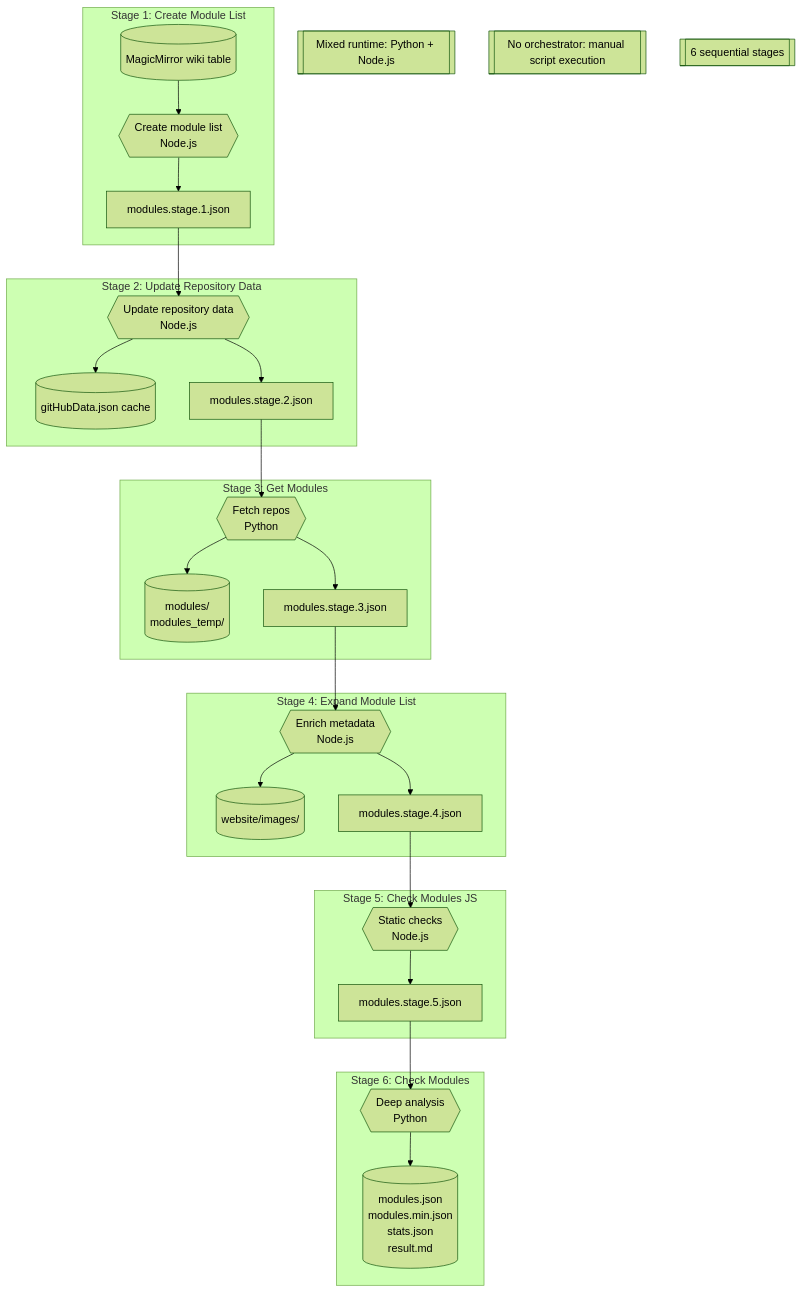
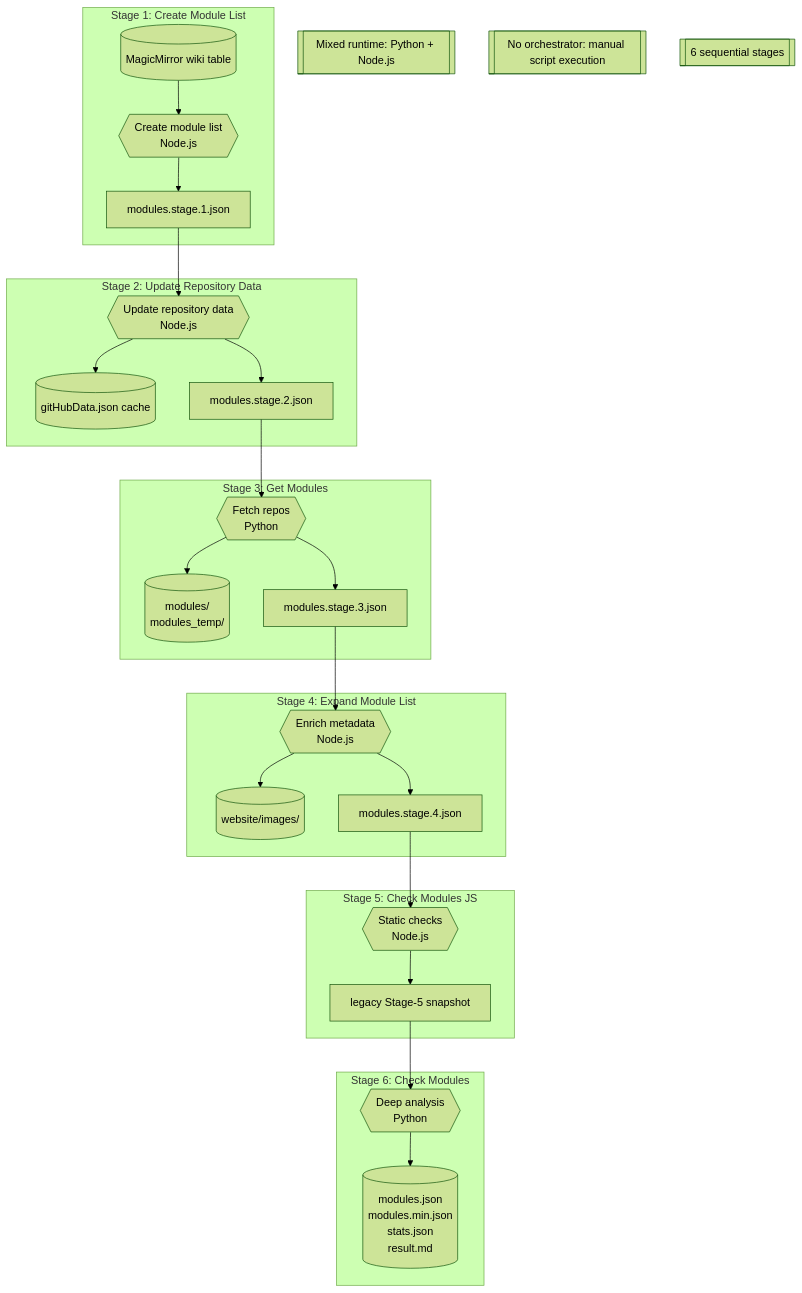
Before and after one commit to KristjanESPERANTO/MagicMirror-3rd-Party-Modules: the second of 5 diagrams in docs/architecture.md, drawn with Mermaid (forest theme). The commit also changed other lines of this file and 26 other files, not shown here.

````diff
--- a/docs/architecture.md
+++ b/docs/architecture.md
@@ -73,39 +73,39 @@
 ```mermaid
 flowchart TB
   subgraph Stage 1: Create Module List
     wiki[("MagicMirror wiki table")] --> createLegacy{{Create module list<br>Node.js}}
     createLegacy --> stage1Legacy["modules.stage.1.json"]
   end
 
   subgraph Stage 2: Update Repository Data
     stage1Legacy --> updateLegacy{{Update repository data<br>Node.js}}
     updateLegacy --> cacheLegacy[("gitHubData.json cache")]
     updateLegacy --> stage2Legacy["modules.stage.2.json"]
   end
 
   subgraph Stage 3: Get Modules
     stage2Legacy --> getLegacy{{Fetch repos<br>Python}}
     getLegacy --> clonesLegacy[("modules/<br>modules_temp/")]
     getLegacy --> stage3Legacy["modules.stage.3.json"]
   end
 
   subgraph Stage 4: Expand Module List
     stage3Legacy --> expandLegacy{{Enrich metadata<br>Node.js}}
     expandLegacy --> imagesLegacy[("website/images/")]
     expandLegacy --> stage4Legacy["modules.stage.4.json"]
   end
 
   subgraph Stage 5: Check Modules JS
     stage4Legacy --> checkjsLegacy{{Static checks<br>Node.js}}
-    checkjsLegacy --> stage5Legacy["modules.stage.5.json"]
+    checkjsLegacy --> stage5Legacy["legacy Stage-5 snapshot"]
   end
 
   subgraph Stage 6: Check Modules
     stage5Legacy --> checkLegacy{{Deep analysis<br>Python}}
     checkLegacy --> outputsLegacy[("modules.json<br>modules.min.json<br>stats.json<br>result.md")]
   end
 
   note1[["Mixed runtime: Python + Node.js"]]
   note2[["No orchestrator: manual script execution"]]
   note3[["6 sequential stages"]]
 ```
````
